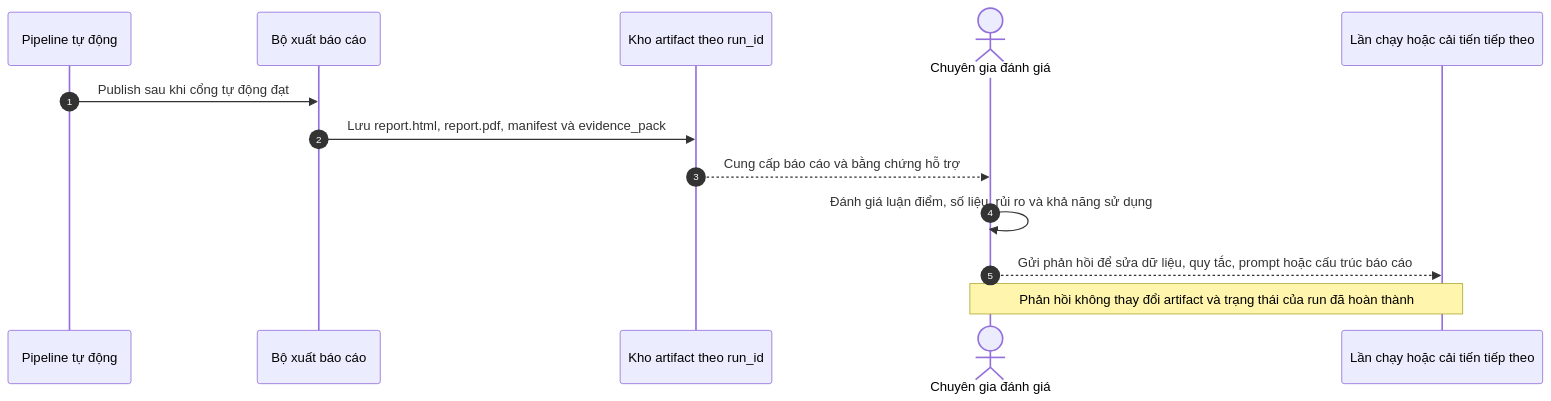
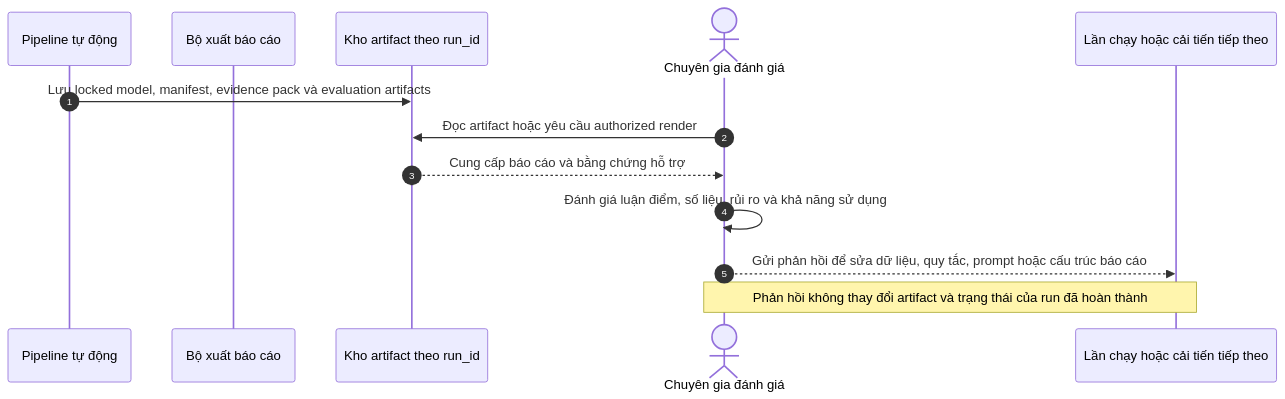
Before and after one commit to haubelerche/equity-research-system: diagram 20 of 24 in docs/SEQUENCE.md, drawn with Mermaid. The commit also changed other lines of this file and 178 other files, not shown here.

````diff
--- a/docs/SEQUENCE.md
+++ b/docs/SEQUENCE.md
@@ -566,16 +554,16 @@
 ```mermaid
 sequenceDiagram
     autonumber
     participant R as Pipeline tự động
     participant P as Bộ xuất báo cáo
     participant ST as Kho artifact theo run_id
     actor E as Chuyên gia đánh giá
     participant N as Lần chạy hoặc cải tiến tiếp theo
 
-    R->>P: Publish sau khi cổng tự động đạt
-    P->>ST: Lưu report.html, report.pdf, manifest và evidence_pack
+    R->>ST: Lưu locked model, manifest, evidence pack và evaluation artifacts
+    E->>ST: Đọc artifact hoặc yêu cầu authorized render
     ST-->>E: Cung cấp báo cáo và bằng chứng hỗ trợ
     E->>E: Đánh giá luận điểm, số liệu, rủi ro và khả năng sử dụng
     E-->>N: Gửi phản hồi để sửa dữ liệu, quy tắc, prompt hoặc cấu trúc báo cáo
     Note over E,N: Phản hồi không thay đổi artifact và trạng thái của run đã hoàn thành
 ```
````
